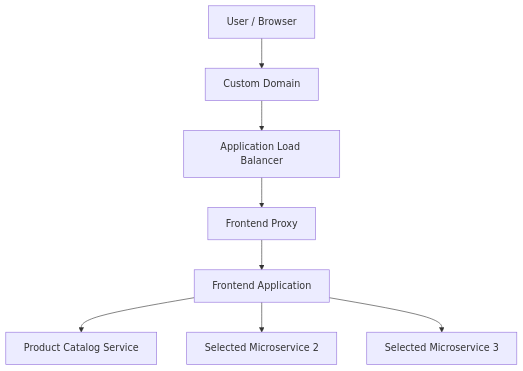
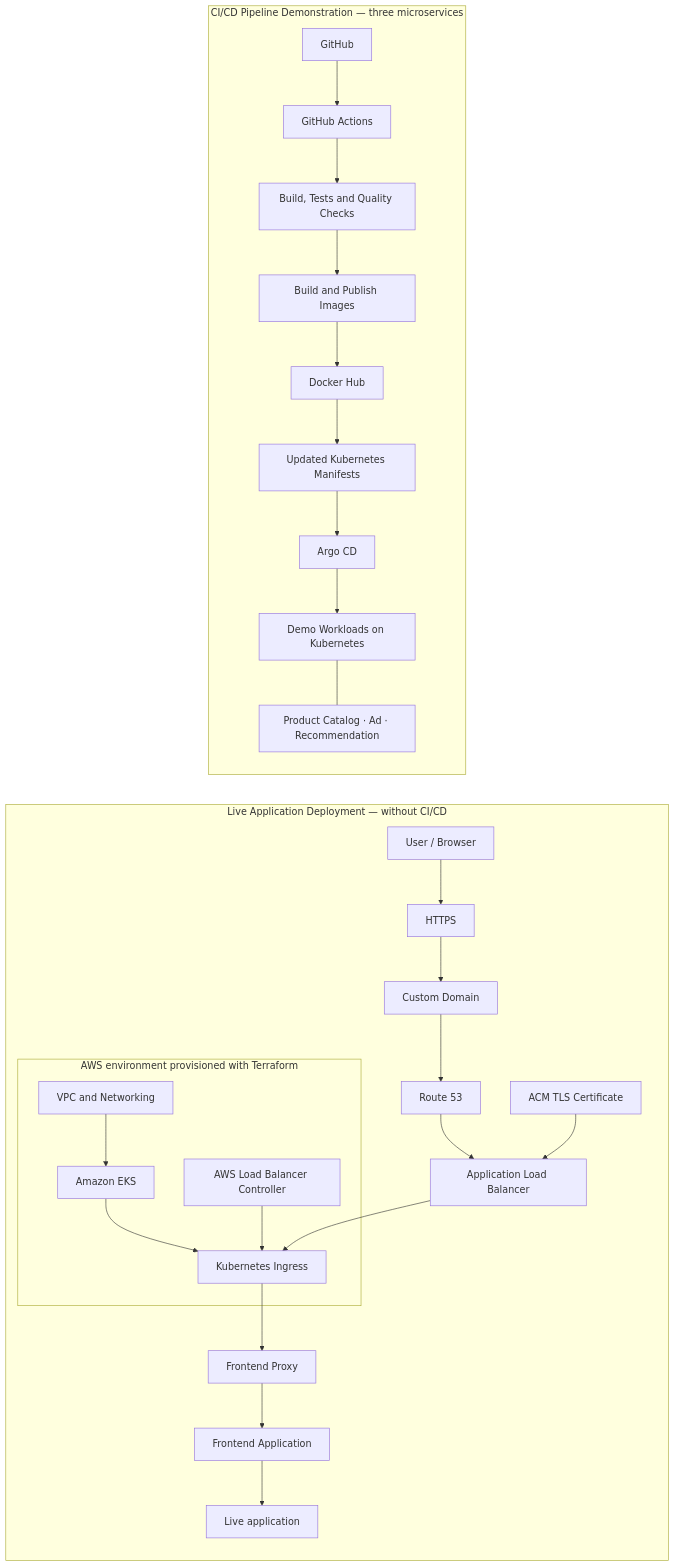
Before and after one commit to Ifeday0/ultimate-devops-project-demo: the first of 3 diagrams in README.md, drawn with Mermaid. The commit also changed other lines of this file and 3 other files, not shown here.

````diff
--- a/README.md
+++ b/README.md
@@ -55,10 +59,30 @@
 ``` mermaid
-flowchart TD
-    U[User / Browser] --> DNS[Custom Domain]
-    DNS --> ALB[Application Load Balancer]
-    ALB --> FP[Frontend Proxy]
-    FP --> FE[Frontend Application]
-    FE --> PC[Product Catalog Service]
-    FE --> S2[Selected Microservice 2]
-    FE --> S3[Selected Microservice 3]
+flowchart LR
+    subgraph LIVE["Live Application Deployment — without CI/CD"]
+        U[User / Browser] --> HTTPS[HTTPS]
+        HTTPS --> DOMAIN[Custom Domain]
+        DOMAIN --> R53[Route 53]
+        R53 --> ALB[Application Load Balancer]
+        ACM[ACM TLS Certificate] --> ALB
+        subgraph AWS["AWS environment provisioned with Terraform"]
+            VPC[VPC and Networking] --> EKS[Amazon EKS]
+            EKS --> INGRESS[Kubernetes Ingress]
+            ALC[AWS Load Balancer Controller] --> INGRESS
+        end
+        ALB --> INGRESS
+        INGRESS --> FP[Frontend Proxy]
+        FP --> FE[Frontend Application]
+        FE --> LIVEAPP[Live application]
+    end
+
+    subgraph DEMO["CI/CD Pipeline Demonstration — three microservices"]
+        GH[GitHub] --> GA[GitHub Actions]
+        GA --> BUILD[Build, Tests and Quality Checks]
+        BUILD --> IMAGE[Build and Publish Images]
+        IMAGE --> DH[Docker Hub]
+        DH --> MAN[Updated Kubernetes Manifests]
+        MAN --> ARGO[Argo CD]
+        ARGO --> SERVICES[Demo Workloads on Kubernetes]
+        SERVICES --- THREE[Product Catalog · Ad · Recommendation]
+    end
 ```
````
